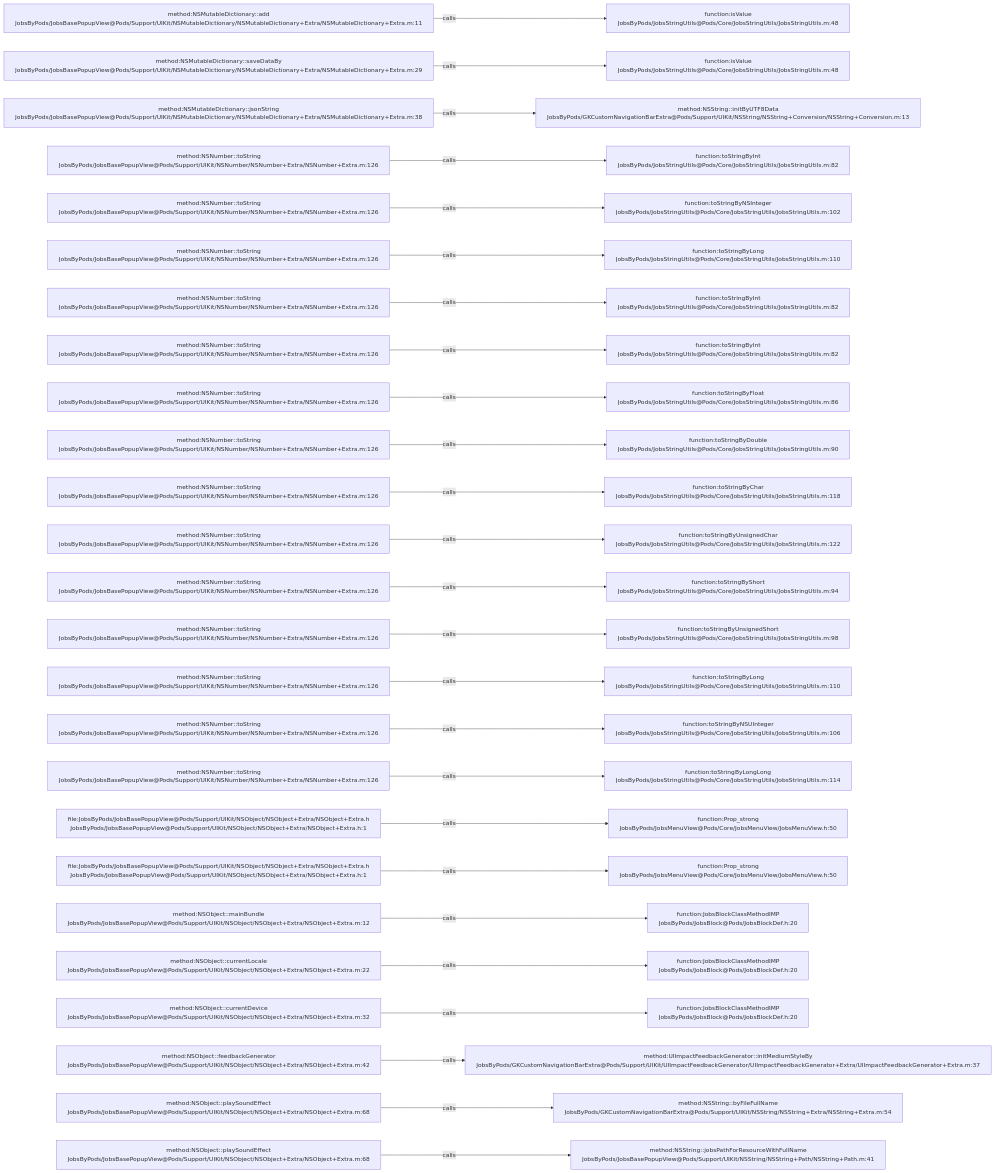
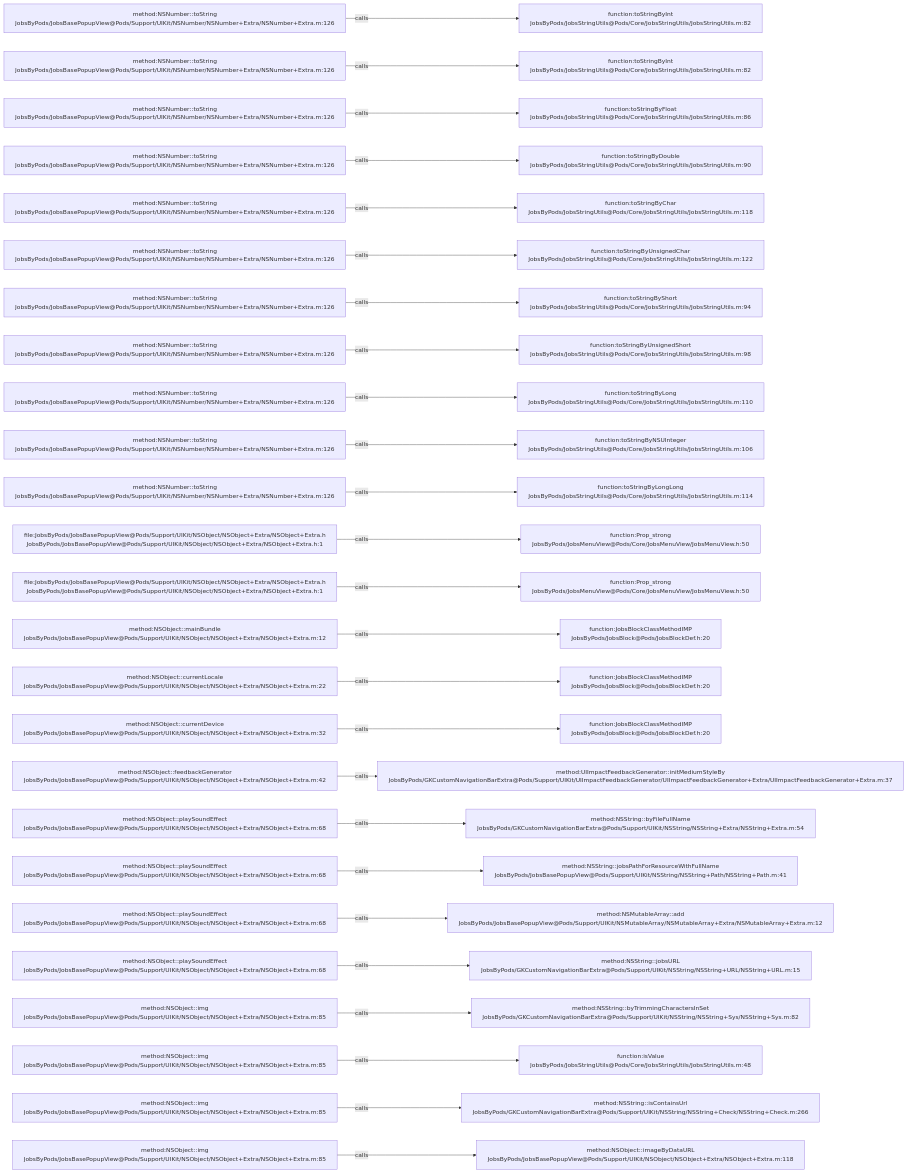
One commit to JobsKits/JobsOCBaseConfigDemo changed the diagram in .codegraph/codegraph.md/graphs/calls-200.md. Above: the diagram before and after it, drawn with Mermaid. The commit also changed 116 other files, not shown here.

````diff
--- a/.codegraph/codegraph.md/graphs/calls-200.md
+++ b/.codegraph/codegraph.md/graphs/calls-200.md
@@ -13,78 +13,78 @@
 ```mermaid
 flowchart LR
-  S1["method:NSMutableDictionary::add<br/>JobsByPods/JobsBasePopupView@Pods/Support/UIKit/NSMutableDictionary/NSMutableDictionary+Extra/NSMutableDictionary+Extra.m:11"]
-  T1["function:isValue<br/>JobsByPods/JobsStringUtils@Pods/Core/JobsStringUtils/JobsStringUtils.m:48"]
+  S1["method:NSNumber::toString<br/>JobsByPods/JobsBasePopupView@Pods/Support/UIKit/NSNumber/NSNumber+Extra/NSNumber+Extra.m:126"]
+  T1["function:toStringByInt<br/>JobsByPods/JobsStringUtils@Pods/Core/JobsStringUtils/JobsStringUtils.m:82"]
   S1 -->|calls| T1
-  S2["method:NSMutableDictionary::saveDataBy<br/>JobsByPods/JobsBasePopupView@Pods/Support/UIKit/NSMutableDictionary/NSMutableDictionary+Extra/NSMutableDictionary+Extra.m:29"]
-  T2["function:isValue<br/>JobsByPods/JobsStringUtils@Pods/Core/JobsStringUtils/JobsStringUtils.m:48"]
+  S2["method:NSNumber::toString<br/>JobsByPods/JobsBasePopupView@Pods/Support/UIKit/NSNumber/NSNumber+Extra/NSNumber+Extra.m:126"]
+  T2["function:toStringByInt<br/>JobsByPods/JobsStringUtils@Pods/Core/JobsStringUtils/JobsStringUtils.m:82"]
   S2 -->|calls| T2
-  S3["method:NSMutableDictionary::jsonString<br/>JobsByPods/JobsBasePopupView@Pods/Support/UIKit/NSMutableDictionary/NSMutableDictionary+Extra/NSMutableDictionary+Extra.m:38"]
-  T3["method:NSString::initByUTF8Data<br/>JobsByPods/GKCustomNavigationBarExtra@Pods/Support/UIKit/NSString/NSString+Conversion/NSString+Conversion.m:13"]
+  S3["method:NSNumber::toString<br/>JobsByPods/JobsBasePopupView@Pods/Support/UIKit/NSNumber/NSNumber+Extra/NSNumber+Extra.m:126"]
+  T3["function:toStringByFloat<br/>JobsByPods/JobsStringUtils@Pods/Core/JobsStringUtils/JobsStringUtils.m:86"]
   S3 -->|calls| T3
   S4["method:NSNumber::toString<br/>JobsByPods/JobsBasePopupView@Pods/Support/UIKit/NSNumber/NSNumber+Extra/NSNumber+Extra.m:126"]
-  T4["function:toStringByInt<br/>JobsByPods/JobsStringUtils@Pods/Core/JobsStringUtils/JobsStringUtils.m:82"]
+  T4["function:toStringByDouble<br/>JobsByPods/JobsStringUtils@Pods/Core/JobsStringUtils/JobsStringUtils.m:90"]
   S4 -->|calls| T4
   S5["method:NSNumber::toString<br/>JobsByPods/JobsBasePopupView@Pods/Support/UIKit/NSNumber/NSNumber+Extra/NSNumber+Extra.m:126"]
-  T5["function:toStringByNSInteger<br/>JobsByPods/JobsStringUtils@Pods/Core/JobsStringUtils/JobsStringUtils.m:102"]
+  T5["function:toStringByChar<br/>JobsByPods/JobsStringUtils@Pods/Core/JobsStringUtils/JobsStringUtils.m:118"]
   S5 -->|calls| T5
   S6["method:NSNumber::toString<br/>JobsByPods/JobsBasePopupView@Pods/Support/UIKit/NSNumber/NSNumber+Extra/NSNumber+Extra.m:126"]
-  T6["function:toStringByLong<br/>JobsByPods/JobsStringUtils@Pods/Core/JobsStringUtils/JobsStringUtils.m:110"]
+  T6["function:toStringByUnsignedChar<br/>JobsByPods/JobsStringUtils@Pods/Core/JobsStringUtils/JobsStringUtils.m:122"]
   S6 -->|calls| T6
   S7["method:NSNumber::toString<br/>JobsByPods/JobsBasePopupView@Pods/Support/UIKit/NSNumber/NSNumber+Extra/NSNumber+Extra.m:126"]
-  T7["function:toStringByInt<br/>JobsByPods/JobsStringUtils@Pods/Core/JobsStringUtils/JobsStringUtils.m:82"]
+  T7["function:toStringByShort<br/>JobsByPods/JobsStringUtils@Pods/Core/JobsStringUtils/JobsStringUtils.m:94"]
   S7 -->|calls| T7
   S8["method:NSNumber::toString<br/>JobsByPods/JobsBasePopupView@Pods/Support/UIKit/NSNumber/NSNumber+Extra/NSNumber+Extra.m:126"]
-  T8["function:toStringByInt<br/>JobsByPods/JobsStringUtils@Pods/Core/JobsStringUtils/JobsStringUtils.m:82"]
+  T8["function:toStringByUnsignedShort<br/>JobsByPods/JobsStringUtils@Pods/Core/JobsStringUtils/JobsStringUtils.m:98"]
   S8 -->|calls| T8
   S9["method:NSNumber::toString<br/>JobsByPods/JobsBasePopupView@Pods/Support/UIKit/NSNumber/NSNumber+Extra/NSNumber+Extra.m:126"]
-  T9["function:toStringByFloat<br/>JobsByPods/JobsStringUtils@Pods/Core/JobsStringUtils/JobsStringUtils.m:86"]
+  T9["function:toStringByLong<br/>JobsByPods/JobsStringUtils@Pods/Core/JobsStringUtils/JobsStringUtils.m:110"]
   S9 -->|calls| T9
   S10["method:NSNumber::toString<br/>JobsByPods/JobsBasePopupView@Pods/Support/UIKit/NSNumber/NSNumber+Extra/NSNumber+Extra.m:126"]
-  T10["function:toStringByDouble<br/>JobsByPods/JobsStringUtils@Pods/Core/JobsStringUtils/JobsStringUtils.m:90"]
+  T10["function:toStringByNSUInteger<br/>JobsByPods/JobsStringUtils@Pods/Core/JobsStringUtils/JobsStringUtils.m:106"]
   S10 -->|calls| T10
   S11["method:NSNumber::toString<br/>JobsByPods/JobsBasePopupView@Pods/Support/UIKit/NSNumber/NSNumber+Extra/NSNumber+Extra.m:126"]
-  T11["function:toStringByChar<br/>JobsByPods/JobsStringUtils@Pods/Core/JobsStringUtils/JobsStringUtils.m:118"]
+  T11["function:toStringByLongLong<br/>JobsByPods/JobsStringUtils@Pods/Core/JobsStringUtils/JobsStringUtils.m:114"]
   S11 -->|calls| T11
-  S12["method:NSNumber::toString<br/>JobsByPods/JobsBasePopupView@Pods/Support/UIKit/NSNumber/NSNumber+Extra/NSNumber+Extra.m:126"]
-  T12["function:toStringByUnsignedChar<br/>JobsByPods/JobsStringUtils@Pods/Core/JobsStringUtils/JobsStringUtils.m:122"]
+  S12["file:JobsByPods/JobsBasePopupView@Pods/Support/UIKit/NSObject/NSObject+Extra/NSObject+Extra.h<br/>JobsByPods/JobsBasePopupView@Pods/Support/UIKit/NSObject/NSObject+Extra/NSObject+Extra.h:1"]
+  T12["function:Prop_strong<br/>JobsByPods/JobsMenuView@Pods/Core/JobsMenuView/JobsMenuView.h:50"]
   S12 -->|calls| T12
-  S13["method:NSNumber::toString<br/>JobsByPods/JobsBasePopupView@Pods/Support/UIKit/NSNumber/NSNumber+Extra/NSNumber+Extra.m:126"]
-  T13["function:toStringByShort<br/>JobsByPods/JobsStringUtils@Pods/Core/JobsStringUtils/JobsStringUtils.m:94"]
+  S13["file:JobsByPods/JobsBasePopupView@Pods/Support/UIKit/NSObject/NSObject+Extra/NSObject+Extra.h<br/>JobsByPods/JobsBasePopupView@Pods/Support/UIKit/NSObject/NSObject+Extra/NSObject+Extra.h:1"]
+  T13["function:Prop_strong<br/>JobsByPods/JobsMenuView@Pods/Core/JobsMenuView/JobsMenuView.h:50"]
   S13 -->|calls| T13
-  S14["method:NSNumber::toString<br/>JobsByPods/JobsBasePopupView@Pods/Support/UIKit/NSNumber/NSNumber+Extra/NSNumber+Extra.m:126"]
-  T14["function:toStringByUnsignedShort<br/>JobsByPods/JobsStringUtils@Pods/Core/JobsStringUtils/JobsStringUtils.m:98"]
+  S14["method:NSObject::mainBundle<br/>JobsByPods/JobsBasePopupView@Pods/Support/UIKit/NSObject/NSObject+Extra/NSObject+Extra.m:12"]
+  T14["function:JobsBlockClassMethodIMP<br/>JobsByPods/JobsBlock@Pods/JobsBlockDef.h:20"]
   S14 -->|calls| T14
-  S15["method:NSNumber::toString<br/>JobsByPods/JobsBasePopupView@Pods/Support/UIKit/NSNumber/NSNumber+Extra/NSNumber+Extra.m:126"]
-  T15["function:toStringByLong<br/>JobsByPods/JobsStringUtils@Pods/Core/JobsStringUtils/JobsStringUtils.m:110"]
+  S15["method:NSObject::currentLocale<br/>JobsByPods/JobsBasePopupView@Pods/Support/UIKit/NSObject/NSObject+Extra/NSObject+Extra.m:22"]
+  T15["function:JobsBlockClassMethodIMP<br/>JobsByPods/JobsBlock@Pods/JobsBlockDef.h:20"]
   S15 -->|calls| T15
-  S16["method:NSNumber::toString<br/>JobsByPods/JobsBasePopupView@Pods/Support/UIKit/NSNumber/NSNumber+Extra/NSNumber+Extra.m:126"]
-  T16["function:toStringByNSUInteger<br/>JobsByPods/JobsStringUtils@Pods/Core/JobsStringUtils/JobsStringUtils.m:106"]
+  S16["method:NSObject::currentDevice<br/>JobsByPods/JobsBasePopupView@Pods/Support/UIKit/NSObject/NSObject+Extra/NSObject+Extra.m:32"]
+  T16["function:JobsBlockClassMethodIMP<br/>JobsByPods/JobsBlock@Pods/JobsBlockDef.h:20"]
   S16 -->|calls| T16
-  S17["method:NSNumber::toString<br/>JobsByPods/JobsBasePopupView@Pods/Support/UIKit/NSNumber/NSNumber+Extra/NSNumber+Extra.m:126"]
-  T17["function:toStringByLongLong<br/>JobsByPods/JobsStringUtils@Pods/Core/JobsStringUtils/JobsStringUtils.m:114"]
+  S17["method:NSObject::feedbackGenerator<br/>JobsByPods/JobsBasePopupView@Pods/Support/UIKit/NSObject/NSObject+Extra/NSObject+Extra.m:42"]
+  T17["method:UIImpactFeedbackGenerator::initMediumStyleBy<br/>JobsByPods/GKCustomNavigationBarExtra@Pods/Support/UIKit/UIImpactFeedbackGenerator/UIImpactFeedbackGenerator+Extra/UIImpactFeedbackGenerator+Extra.m:37"]
   S17 -->|calls| T17
-  S18["file:JobsByPods/JobsBasePopupView@Pods/Support/UIKit/NSObject/NSObject+Extra/NSObject+Extra.h<br/>JobsByPods/JobsBasePopupView@Pods/Support/UIKit/NSObject/NSObject+Extra/NSObject+Extra.h:1"]
-  T18["function:Prop_strong<br/>JobsByPods/JobsMenuView@Pods/Core/JobsMenuView/JobsMenuView.h:50"]
+  S18["method:NSObject::playSoundEffect<br/>JobsByPods/JobsBasePopupView@Pods/Support/UIKit/NSObject/NSObject+Extra/NSObject+Extra.m:68"]
+  T18["method:NSString::byFileFullName<br/>JobsByPods/GKCustomNavigationBarExtra@Pods/Support/UIKit/NSString/NSString+Extra/NSString+Extra.m:54"]
   S18 -->|calls| T18
-  S19["file:JobsByPods/JobsBasePopupView@Pods/Support/UIKit/NSObject/NSObject+Extra/NSObject+Extra.h<br/>JobsByPods/JobsBasePopupView@Pods/Support/UIKit/NSObject/NSObject+Extra/NSObject+Extra.h:1"]
-  T19["function:Prop_strong<br/>JobsByPods/JobsMenuView@Pods/Core/JobsMenuView/JobsMenuView.h:50"]
+  S19["method:NSObject::playSoundEffect<br/>JobsByPods/JobsBasePopupView@Pods/Support/UIKit/NSObject/NSObject+Extra/NSObject+Extra.m:68"]
+  T19["method:NSString::jobsPathForResourceWithFullName<br/>JobsByPods/JobsBasePopupView@Pods/Support/UIKit/NSString/NSString+Path/NSString+Path.m:41"]
   S19 -->|calls| T19
-  S20["method:NSObject::mainBundle<br/>JobsByPods/JobsBasePopupView@Pods/Support/UIKit/NSObject/NSObject+Extra/NSObject+Extra.m:12"]
-  T20["function:JobsBlockClassMethodIMP<br/>JobsByPods/JobsBlock@Pods/JobsBlockDef.h:20"]
+  S20["method:NSObject::playSoundEffect<br/>JobsByPods/JobsBasePopupView@Pods/Support/UIKit/NSObject/NSObject+Extra/NSObject+Extra.m:68"]
+  T20["method:NSMutableArray::add<br/>JobsByPods/JobsBasePopupView@Pods/Support/UIKit/NSMutableArray/NSMutableArray+Extra/NSMutableArray+Extra.m:12"]
   S20 -->|calls| T20
-  S21["method:NSObject::currentLocale<br/>JobsByPods/JobsBasePopupView@Pods/Support/UIKit/NSObject/NSObject+Extra/NSObject+Extra.m:22"]
-  T21["function:JobsBlockClassMethodIMP<br/>JobsByPods/JobsBlock@Pods/JobsBlockDef.h:20"]
+  S21["method:NSObject::playSoundEffect<br/>JobsByPods/JobsBasePopupView@Pods/Support/UIKit/NSObject/NSObject+Extra/NSObject+Extra.m:68"]
+  T21["method:NSString::jobsURL<br/>JobsByPods/GKCustomNavigationBarExtra@Pods/Support/UIKit/NSString/NSString+URL/NSString+URL.m:15"]
   S21 -->|calls| T21
-  S22["method:NSObject::currentDevice<br/>JobsByPods/JobsBasePopupView@Pods/Support/UIKit/NSObject/NSObject+Extra/NSObject+Extra.m:32"]
-  T22["function:JobsBlockClassMethodIMP<br/>JobsByPods/JobsBlock@Pods/JobsBlockDef.h:20"]
+  S22["method:NSObject::img<br/>JobsByPods/JobsBasePopupView@Pods/Support/UIKit/NSObject/NSObject+Extra/NSObject+Extra.m:85"]
+  T22["method:NSString::byTrimmingCharactersInSet<br/>JobsByPods/GKCustomNavigationBarExtra@Pods/Support/UIKit/NSString/NSString+Sys/NSString+Sys.m:82"]
   S22 -->|calls| T22
-  S23["method:NSObject::feedbackGenerator<br/>JobsByPods/JobsBasePopupView@Pods/Support/UIKit/NSObject/NSObject+Extra/NSObject+Extra.m:42"]
-  T23["method:UIImpactFeedbackGenerator::initMediumStyleBy<br/>JobsByPods/GKCustomNavigationBarExtra@Pods/Support/UIKit/UIImpactFeedbackGenerator/UIImpactFeedbackGenerator+Extra/UIImpactFeedbackGenerator+Extra.m:37"]
+  S23["method:NSObject::img<br/>JobsByPods/JobsBasePopupView@Pods/Support/UIKit/NSObject/NSObject+Extra/NSObject+Extra.m:85"]
+  T23["function:isValue<br/>JobsByPods/JobsStringUtils@Pods/Core/JobsStringUtils/JobsStringUtils.m:48"]
   S23 -->|calls| T23
-  S24["method:NSObject::playSoundEffect<br/>JobsByPods/JobsBasePopupView@Pods/Support/UIKit/NSObject/NSObject+Extra/NSObject+Extra.m:68"]
-  T24["method:NSString::byFileFullName<br/>JobsByPods/GKCustomNavigationBarExtra@Pods/Support/UIKit/NSString/NSString+Extra/NSString+Extra.m:54"]
+  S24["method:NSObject::img<br/>JobsByPods/JobsBasePopupView@Pods/Support/UIKit/NSObject/NSObject+Extra/NSObject+Extra.m:85"]
+  T24["method:NSString::isContainsUrl<br/>JobsByPods/GKCustomNavigationBarExtra@Pods/Support/UIKit/NSString/NSString+Check/NSString+Check.m:266"]
   S24 -->|calls| T24
-  S25["method:NSObject::playSoundEffect<br/>JobsByPods/JobsBasePopupView@Pods/Support/UIKit/NSObject/NSObject+Extra/NSObject+Extra.m:68"]
-  T25["method:NSString::jobsPathForResourceWithFullName<br/>JobsByPods/JobsBasePopupView@Pods/Support/UIKit/NSString/NSString+Path/NSString+Path.m:41"]
+  S25["method:NSObject::img<br/>JobsByPods/JobsBasePopupView@Pods/Support/UIKit/NSObject/NSObject+Extra/NSObject+Extra.m:85"]
+  T25["method:NSObject::imageByDataURL<br/>JobsByPods/JobsBasePopupView@Pods/Support/UIKit/NSObject/NSObject+Extra/NSObject+Extra.m:118"]
   S25 -->|calls| T25
 ```
````
